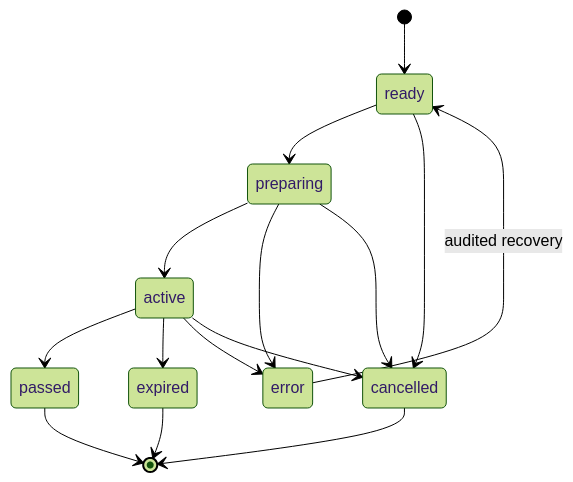
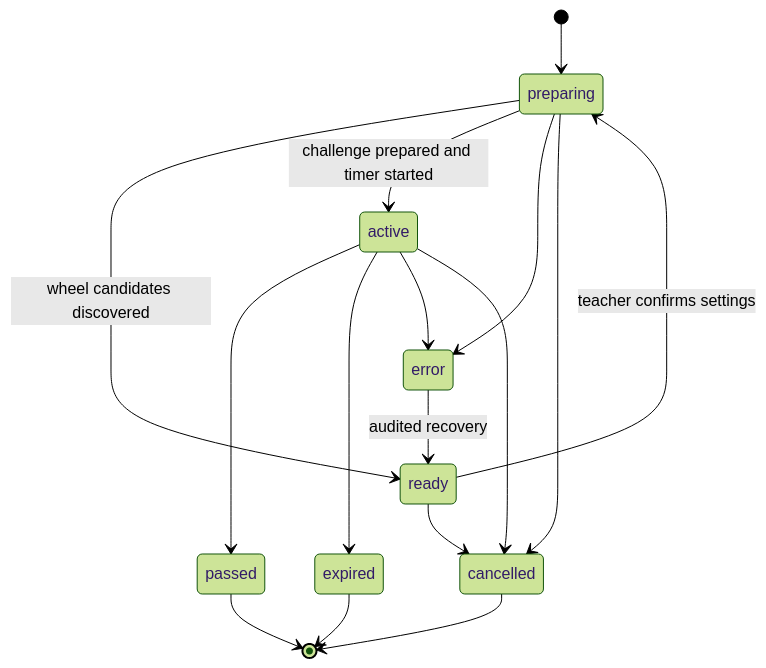
The fifth of 7 diagrams in docs/ARCHITECTURE.md (JO-IK1/CppDefense), drawn with Mermaid (forest theme) before and after one commit. The commit also changed other lines of this file and 67 other files, not shown here.

````diff
--- a/docs/ARCHITECTURE.md
+++ b/docs/ARCHITECTURE.md
@@ -186,17 +198,18 @@
 ```mermaid
 stateDiagram-v2
-  [*] --> ready
-  ready --> preparing
-  preparing --> active
+  [*] --> preparing
+  preparing --> ready: wheel candidates discovered
+  ready --> preparing: teacher confirms settings
+  preparing --> active: challenge prepared and timer started
   preparing --> error
   active --> passed
   active --> expired
   active --> error
   ready --> cancelled
   preparing --> cancelled
   active --> cancelled
   error --> ready: audited recovery
   passed --> [*]
   expired --> [*]
   cancelled --> [*]
 ```
````
